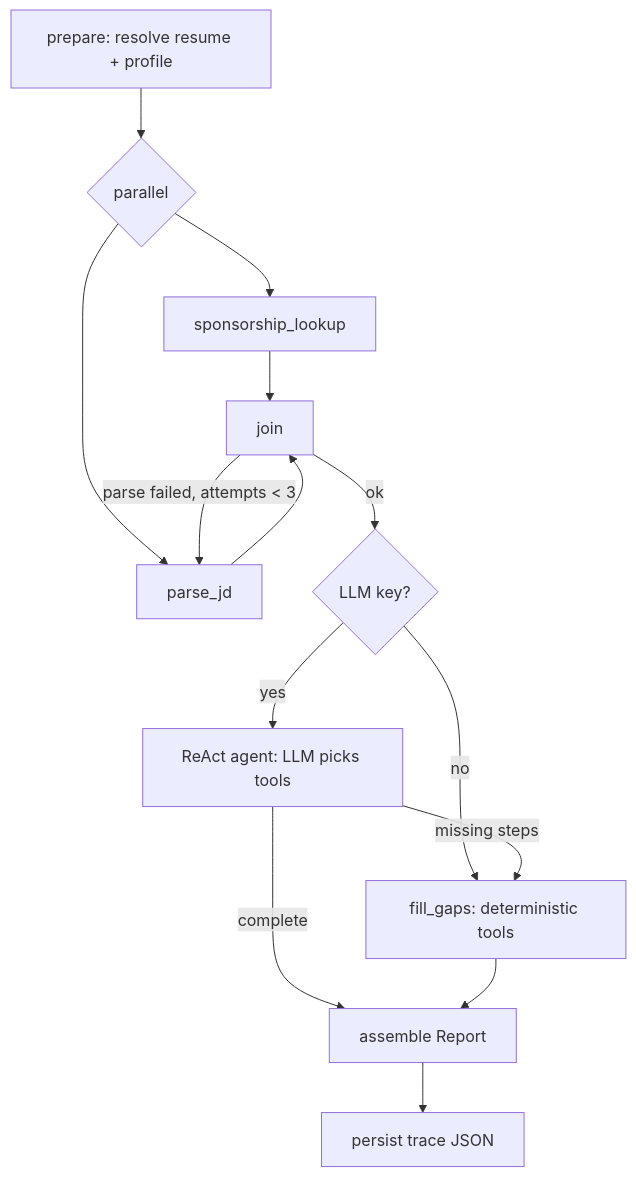
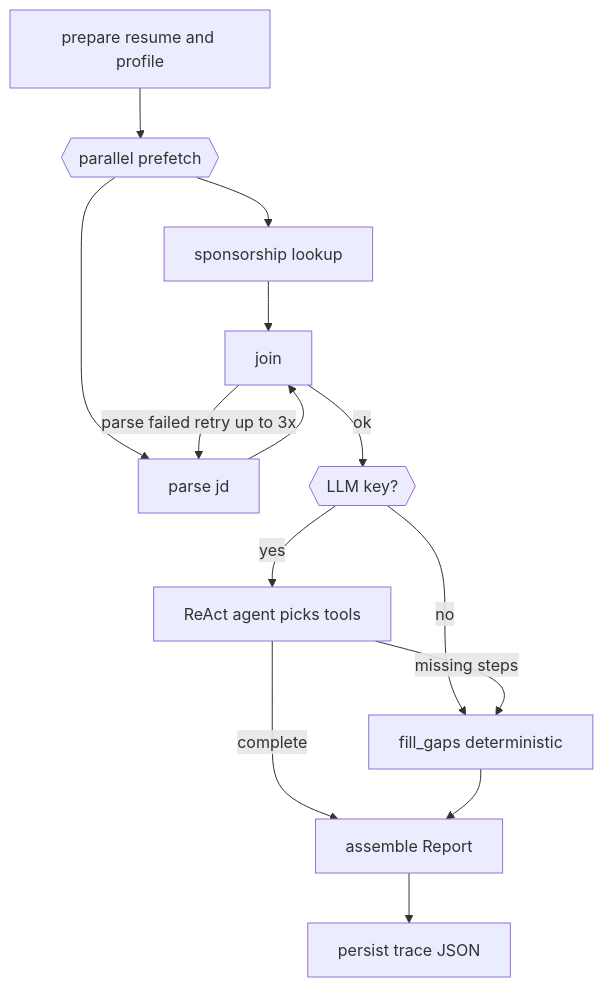
The third of 3 diagrams in README.md (nicole732470/joblens), drawn with Mermaid before and after one commit. The commit also changed other lines of this file and 23 other files, not shown here.

````diff
--- a/README.md
+++ b/README.md
@@ -167,17 +167,17 @@
 ```mermaid
 flowchart TD
-  PREP[prepare: resolve resume + profile]
-  PREP --> FAN{parallel}
-  FAN --> H1B[sponsorship_lookup]
-  FAN --> JD[parse_jd]
+  PREP["prepare resume and profile"]
+  PREP --> FAN{{"parallel prefetch"}}
+  FAN --> H1B[sponsorship lookup]
+  FAN --> JD[parse jd]
   H1B --> JOIN[join]
   JD --> JOIN
-  JOIN -->|parse failed, attempts < 3| JD
-  JOIN -->|ok| ROUTE{LLM key?}
-  ROUTE -->|yes| REACT[ReAct agent: LLM picks tools]
-  ROUTE -->|no| FILL[fill_gaps: deterministic tools]
-  REACT -->|missing steps| FILL
+  JOIN -->|"parse failed retry up to 3x"| JD
+  JOIN -->|"ok"| ROUTE{{"LLM key?"}}
+  ROUTE -->|yes| REACT["ReAct agent picks tools"]
+  ROUTE -->|no| FILL["fill_gaps deterministic"]
+  REACT -->|"missing steps"| FILL
   REACT -->|complete| ASM[assemble Report]
   FILL --> ASM
   ASM --> TRACE[persist trace JSON]
 ```
````
